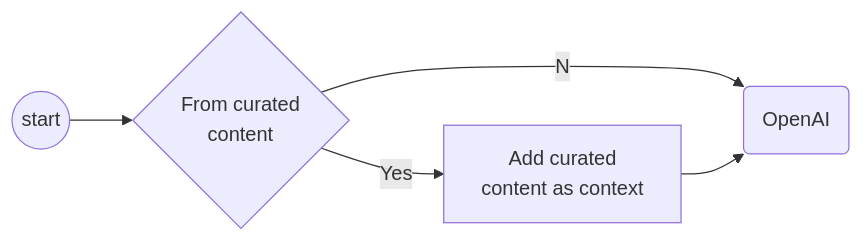
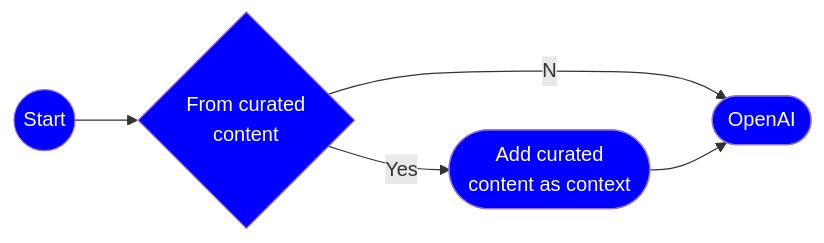
Before and after one commit to msalemor/llm-use-cases: the second of 5 diagrams in README.md, drawn with Mermaid. The commit also changed other lines of this file, not shown here.

````diff
--- a/README.md
+++ b/README.md
@@ -45,7 +45,9 @@
 ```mermaid
 flowchart LR
-  A((start))-->B{From curated<br/>content}
-  B--No-->O(OpenAI)
-  B--Yes-->D[Add curated<br/>content as context]
+  A((Start))-->B{From curated<br/>content}
+  B--No-->O([OpenAI])
+  B--Yes-->D([Add curated<br/>content as context])
   D-->O
+  classDef blue fill:blue,color:#fefefe
+  class A,B,O,D blue
 ```
````
